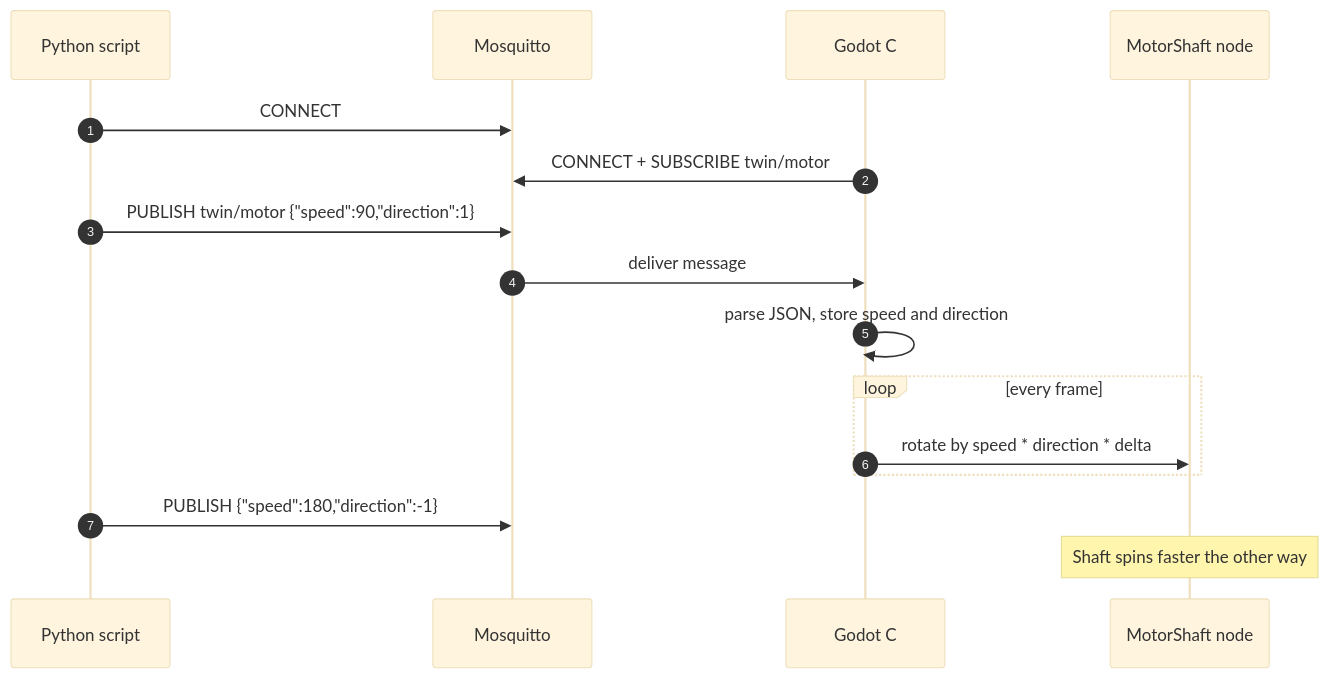
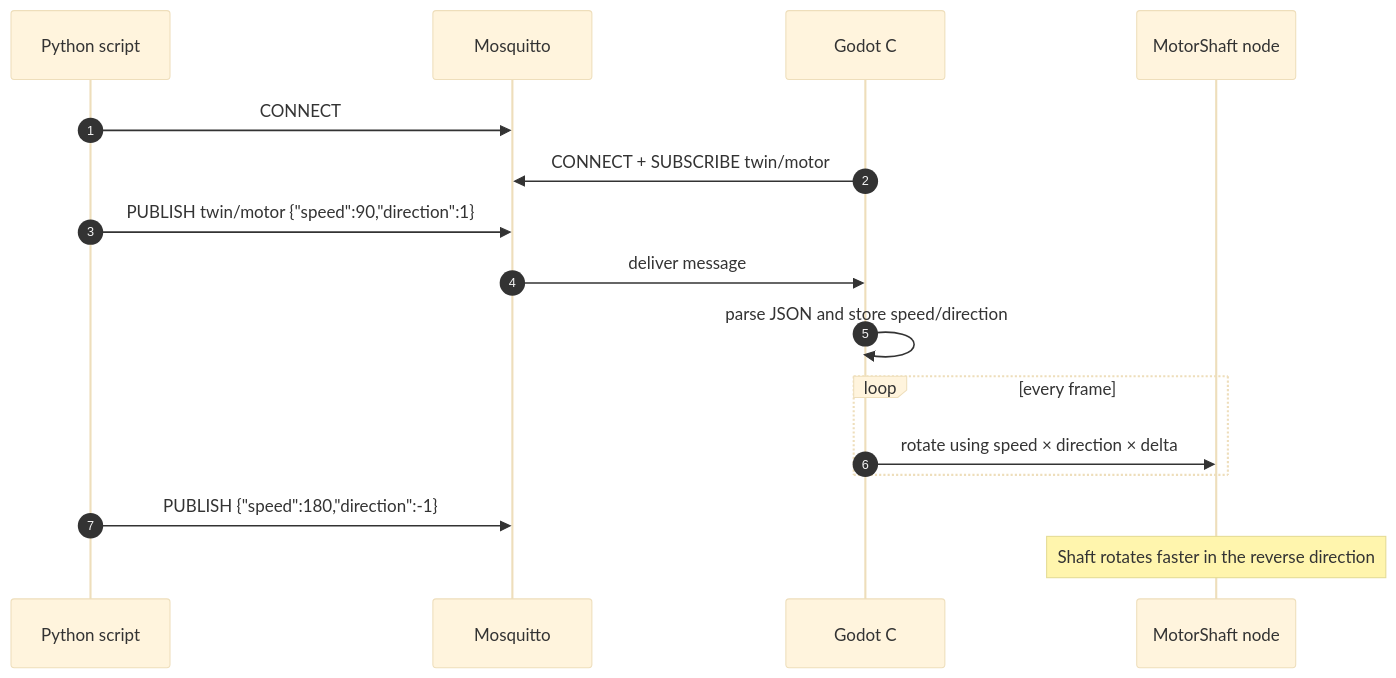
The diagram in quizzes/quiz3-prepare.md (drsanti/INC492-2026), drawn with Mermaid (base theme) before and after one commit. The commit also changed other lines of this file, not shown here.

````diff
--- a/quizzes/quiz3-prepare.md
+++ b/quizzes/quiz3-prepare.md
@@ -177,19 +189,19 @@
 ```mermaid
 sequenceDiagram
     autonumber
     participant Py as Python script
     participant Bro as Mosquitto
     participant Gd as Godot C# script
     participant Shaft as MotorShaft node
 
     Py->>Bro: CONNECT
     Gd->>Bro: CONNECT + SUBSCRIBE twin/motor
     Py->>Bro: PUBLISH twin/motor {"speed":90,"direction":1}
     Bro->>Gd: deliver message
-    Gd->>Gd: parse JSON, store speed and direction
+    Gd->>Gd: parse JSON and store speed/direction
     loop every frame
-        Gd->>Shaft: rotate by speed * direction * delta
+        Gd->>Shaft: rotate using speed × direction × delta
     end
     Py->>Bro: PUBLISH {"speed":180,"direction":-1}
-    Note over Shaft: Shaft spins faster the other way
+    Note over Shaft: Shaft rotates faster in the reverse direction
 ```
````
